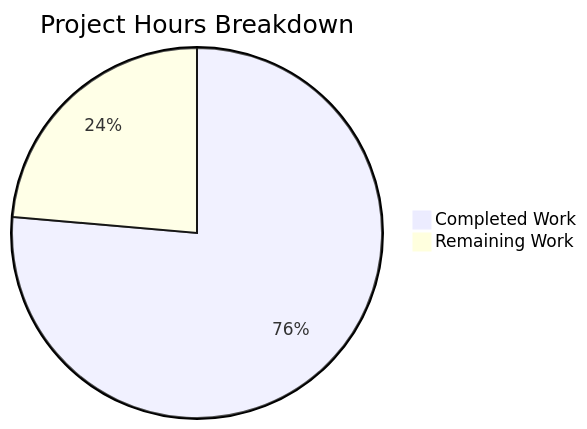
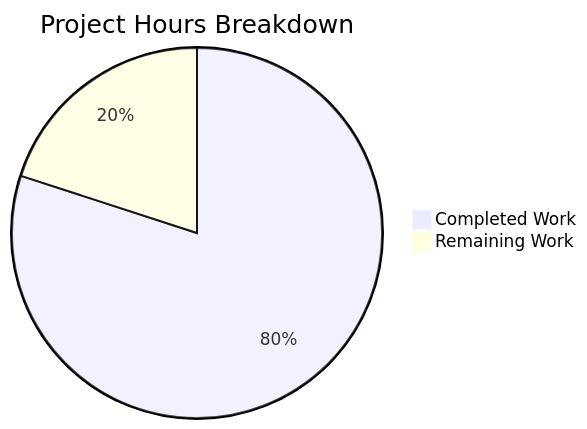
One commit to Blitzy-Sandbox/blitzy-SplendidCRM changed the second of 2 diagrams in blitzy/documentation/Project Guide.md. Above: the diagram before and after it, drawn with Mermaid. The commit also changed other lines of this file, not shown here.

Commit message:
Adding Blitzy Project Guide: Project Status and Human Tasks Remaining

````diff
--- a/blitzy/documentation/Project Guide.md
+++ b/blitzy/documentation/Project Guide.md
@@ -239,5 +215,5 @@
 ```mermaid
 pie title Project Hours Breakdown
-    "Completed Work" : 152
-    "Remaining Work" : 47
+    "Completed Work" : 160
+    "Remaining Work" : 40
 ```
````
